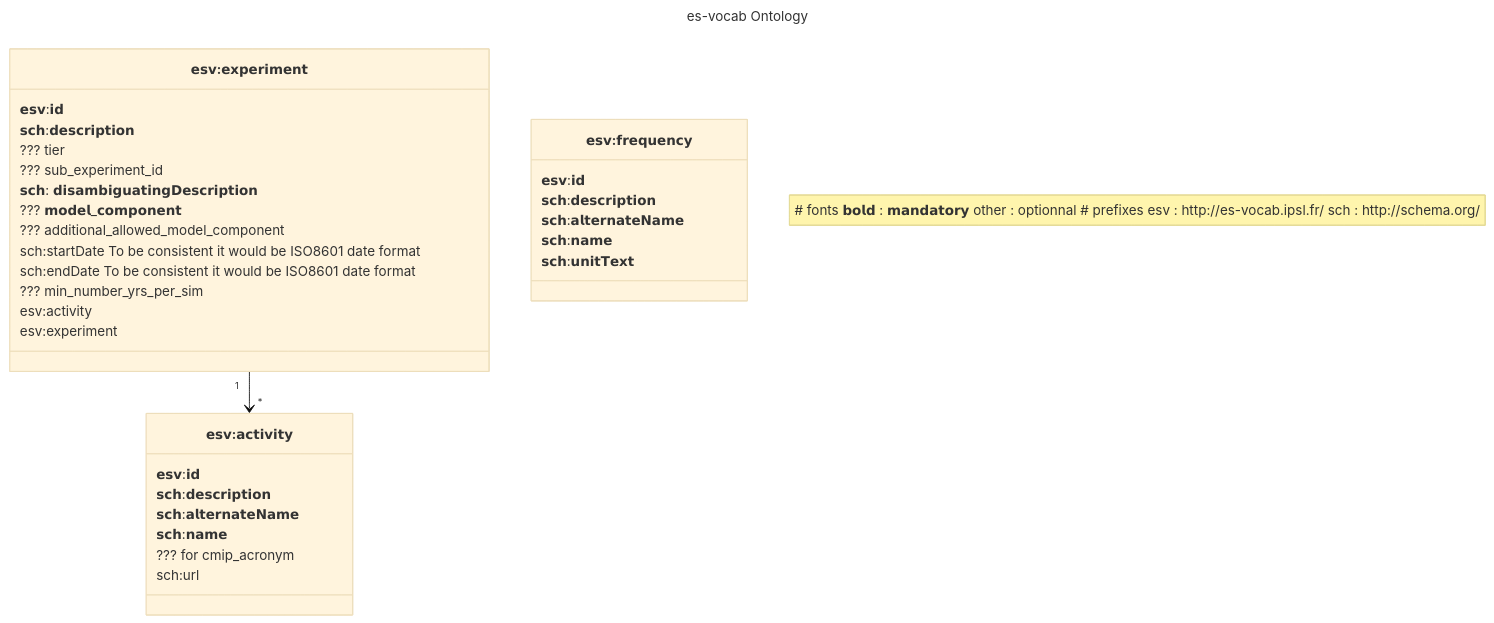
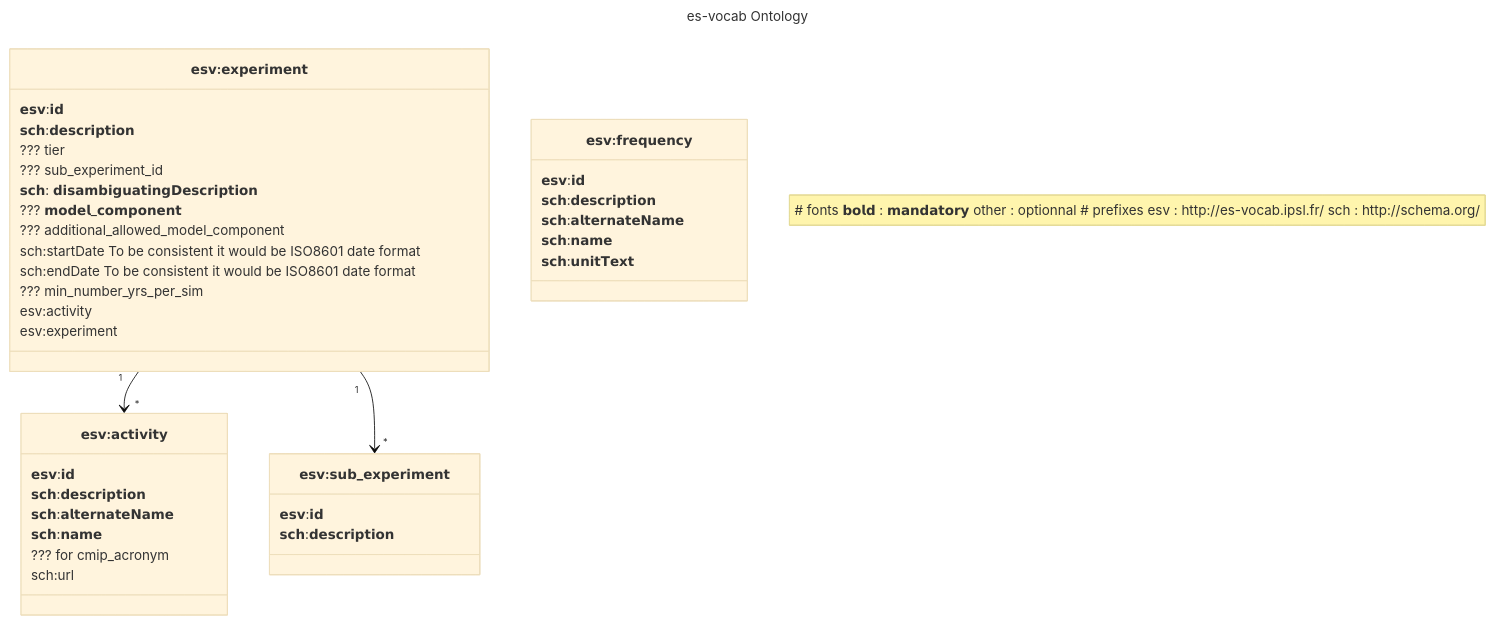
The second of 2 diagrams in TODO.md (PCMDI/mip-cmor-tables), drawn with Mermaid (base theme) before and after one commit. The commit also changed other lines of this file and 79 other files, not shown here.

````diff
--- a/TODO.md
+++ b/TODO.md
@@ -136,59 +141,64 @@
 ``` mermaid
 ---
 title: es-vocab Ontology
 
 ---
 classDiagram
     note "
     # fonts
     𝗯𝗼𝗹𝗱 : 𝗺𝗮𝗻𝗱𝗮𝘁𝗼𝗿𝘆
     other : optionnal
     
     # prefixes
     esv : http://es-vocab.ipsl.fr/
     sch : http://schema.org/
     "
     `𝗲𝘀𝘃:𝗲𝘅𝗽𝗲𝗿𝗶𝗺𝗲𝗻𝘁` "1" --> "*" `𝗲𝘀𝘃:𝗮𝗰𝘁𝗶𝘃𝗶𝘁𝘆`
+    `𝗲𝘀𝘃:𝗲𝘅𝗽𝗲𝗿𝗶𝗺𝗲𝗻𝘁` "1" --> "*" `𝗲𝘀𝘃:𝘀𝘂𝗯_𝗲𝘅𝗽𝗲𝗿𝗶𝗺𝗲𝗻𝘁`
+
 
 
     class `𝗲𝘀𝘃:𝗳𝗿𝗲𝗾𝘂𝗲𝗻𝗰𝘆`{
     𝗲𝘀𝘃:𝗶𝗱
     𝘀𝗰𝗵:𝗱𝗲𝘀𝗰𝗿𝗶𝗽𝘁𝗶𝗼𝗻
     𝘀𝗰𝗵:𝗮𝗹𝘁𝗲𝗿𝗻𝗮𝘁𝗲𝗡𝗮𝗺𝗲
     𝘀𝗰𝗵:𝗻𝗮𝗺𝗲
     𝘀𝗰𝗵:𝘂𝗻𝗶𝘁𝗧𝗲𝘅𝘁
     
     }
     class `𝗲𝘀𝘃:𝗮𝗰𝘁𝗶𝘃𝗶𝘁𝘆`{
     𝗲𝘀𝘃:𝗶𝗱
     𝘀𝗰𝗵:𝗱𝗲𝘀𝗰𝗿𝗶𝗽𝘁𝗶𝗼𝗻
     𝘀𝗰𝗵:𝗮𝗹𝘁𝗲𝗿𝗻𝗮𝘁𝗲𝗡𝗮𝗺𝗲
     𝘀𝗰𝗵:𝗻𝗮𝗺𝗲
     ??? for cmip_acronym
     sch:url 
 
     }
     
     class `𝗲𝘀𝘃:𝗲𝘅𝗽𝗲𝗿𝗶𝗺𝗲𝗻𝘁`{
         𝗲𝘀𝘃:𝗶𝗱
         𝘀𝗰𝗵:𝗱𝗲𝘀𝗰𝗿𝗶𝗽𝘁𝗶𝗼𝗻
         ??? tier
         ??? sub_experiment_id
         𝘀𝗰𝗵: 𝗱𝗶𝘀𝗮𝗺𝗯𝗶𝗴𝘂𝗮𝘁𝗶𝗻𝗴𝗗𝗲𝘀𝗰𝗿𝗶𝗽𝘁𝗶𝗼𝗻 
         ??? 𝗺𝗼𝗱𝗲𝗹_𝗰𝗼𝗺𝗽𝗼𝗻𝗲𝗻𝘁
         ??? additional_allowed_model_component
         sch:startDate To be consistent it would be ISO8601 date format
         sch:endDate To be consistent it would be ISO8601 date format
         ??? min_number_yrs_per_sim
         esv:activity
         esv:experiment
+    }
 
-
-        
+     class `𝗲𝘀𝘃:𝘀𝘂𝗯_𝗲𝘅𝗽𝗲𝗿𝗶𝗺𝗲𝗻𝘁`{
+        𝗲𝘀𝘃:𝗶𝗱
+        𝘀𝗰𝗵:𝗱𝗲𝘀𝗰𝗿𝗶𝗽𝘁𝗶𝗼𝗻
+        } 
 
 
 
-    }
+    
 
 
 ```
````
